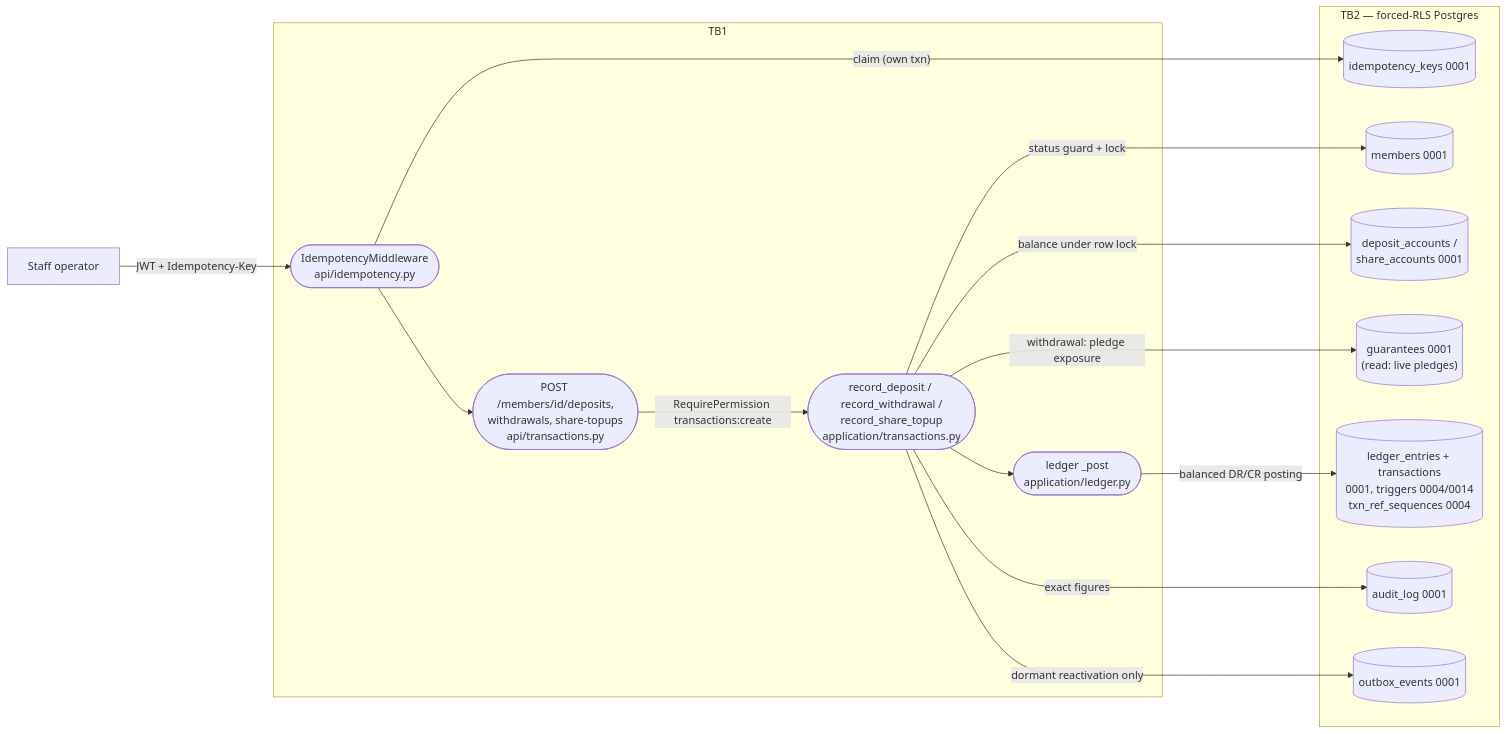
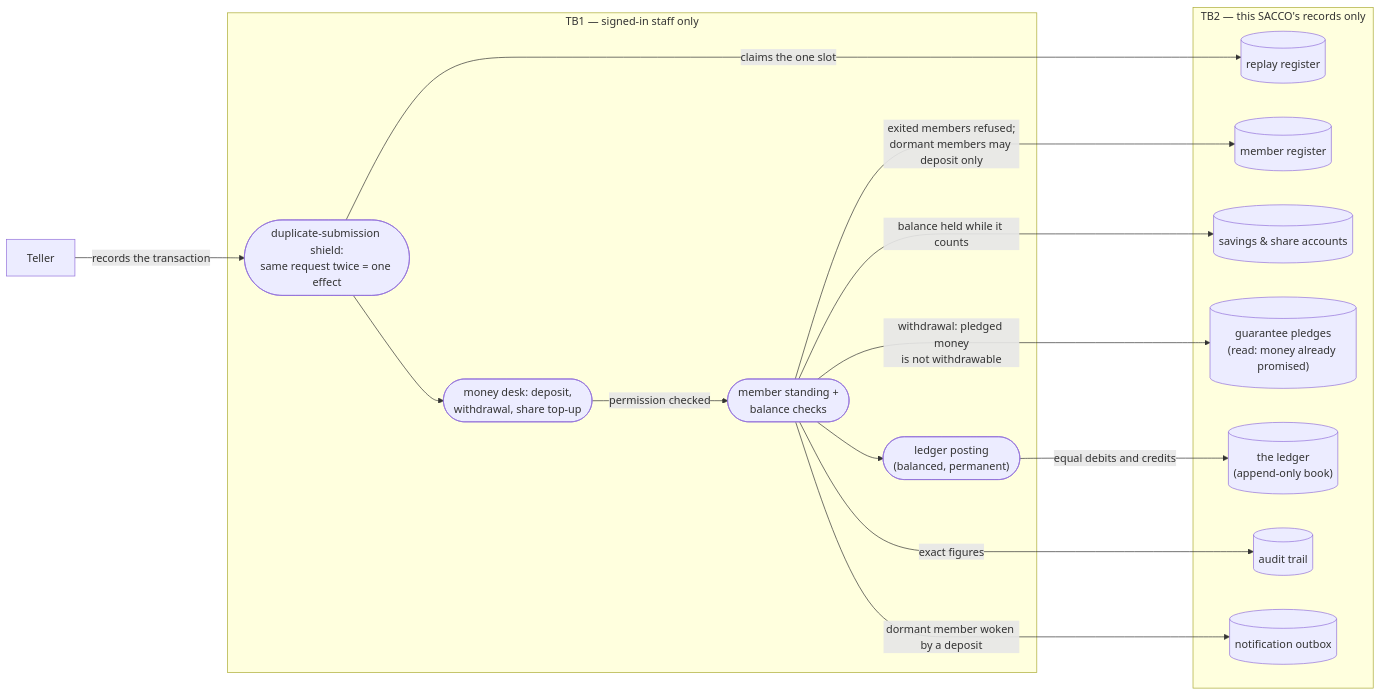
Before and after one commit to Benson-Kim/genesis-sacco: the second of 15 diagrams in docs/diagrams/dfd.md, drawn with Mermaid. The commit also changed other lines of this file and 21 other files, not shown here.

Commit message:
P-DIAG drift reconciliation — as-built diagrams for !46/!47/!51/!52 + business-facing flows (docs-only)

````diff
--- a/docs/diagrams/dfd.md
+++ b/docs/diagrams/dfd.md
@@ -110,32 +150,32 @@
 ```mermaid
 flowchart LR
-    %% P-DIAG.3 F1 — authored against main @ 08541b860f1445b16c342c39b6606d86b9dbeb17
-    TXN_E1["Staff operator"]
-    subgraph TB1["TB1"]
-        TXN_P0(["IdempotencyMiddleware<br/>api/idempotency.py"])
-        TXN_P1(["POST /members/id/deposits,<br/>withdrawals, share-topups<br/>api/transactions.py"])
-        TXN_P2(["record_deposit / record_withdrawal /<br/>record_share_topup<br/>application/transactions.py"])
-        TXN_P3(["ledger _post<br/>application/ledger.py"])
+    %% P-DIAG.3 F1 — reconciled to main @ 8f46aa54250ff1a066af423924f3eb54a9c72fb7
+    TXN_E1["Teller"]
+    subgraph TB1["TB1 — signed-in staff only"]
+        TXN_P0(["duplicate-submission shield:<br/>same request twice = one effect"])
+        TXN_P1(["money desk: deposit,<br/>withdrawal, share top-up"])
+        TXN_P2(["member standing +<br/>balance checks"])
+        TXN_P3(["ledger posting<br/>(balanced, permanent)"])
     end
-    subgraph TB2["TB2 — forced-RLS Postgres"]
-        TXN_S1[("idempotency_keys 0001")]
-        TXN_S2[("members 0001")]
-        TXN_S3[("deposit_accounts /<br/>share_accounts 0001")]
-        TXN_S4[("guarantees 0001<br/>(read: live pledges)")]
-        TXN_S5[("ledger_entries + transactions<br/>0001, triggers 0004/0014<br/>txn_ref_sequences 0004")]
-        TXN_S6[("audit_log 0001")]
-        TXN_S7[("outbox_events 0001")]
+    subgraph TB2["TB2 — this SACCO's records only"]
+        TXN_S1[("replay register")]
+        TXN_S2[("member register")]
+        TXN_S3[("savings & share accounts")]
+        TXN_S4[("guarantee pledges<br/>(read: money already promised)")]
+        TXN_S5[("the ledger<br/>(append-only book)")]
+        TXN_S6[("audit trail")]
+        TXN_S7[("notification outbox")]
     end
 
-    TXN_E1 -->|"JWT + Idempotency-Key"| TXN_P0
-    TXN_P0 -->|"claim (own txn)"| TXN_S1
+    TXN_E1 -->|"records the transaction"| TXN_P0
+    TXN_P0 -->|"claims the one slot"| TXN_S1
     TXN_P0 --> TXN_P1
-    TXN_P1 -->|"RequirePermission transactions:create"| TXN_P2
-    TXN_P2 -->|"status guard + lock"| TXN_S2
-    TXN_P2 -->|"balance under row lock"| TXN_S3
-    TXN_P2 -->|"withdrawal: pledge exposure"| TXN_S4
+    TXN_P1 -->|"permission checked"| TXN_P2
+    TXN_P2 -->|"exited members refused;<br/>dormant members may deposit only"| TXN_S2
+    TXN_P2 -->|"balance held while it counts"| TXN_S3
+    TXN_P2 -->|"withdrawal: pledged money<br/>is not withdrawable"| TXN_S4
     TXN_P2 --> TXN_P3
-    TXN_P3 -->|"balanced DR/CR posting"| TXN_S5
+    TXN_P3 -->|"equal debits and credits"| TXN_S5
     TXN_P2 -->|"exact figures"| TXN_S6
-    TXN_P2 -->|"dormant reactivation only"| TXN_S7
+    TXN_P2 -->|"dormant member woken by a deposit"| TXN_S7
 ```
````
